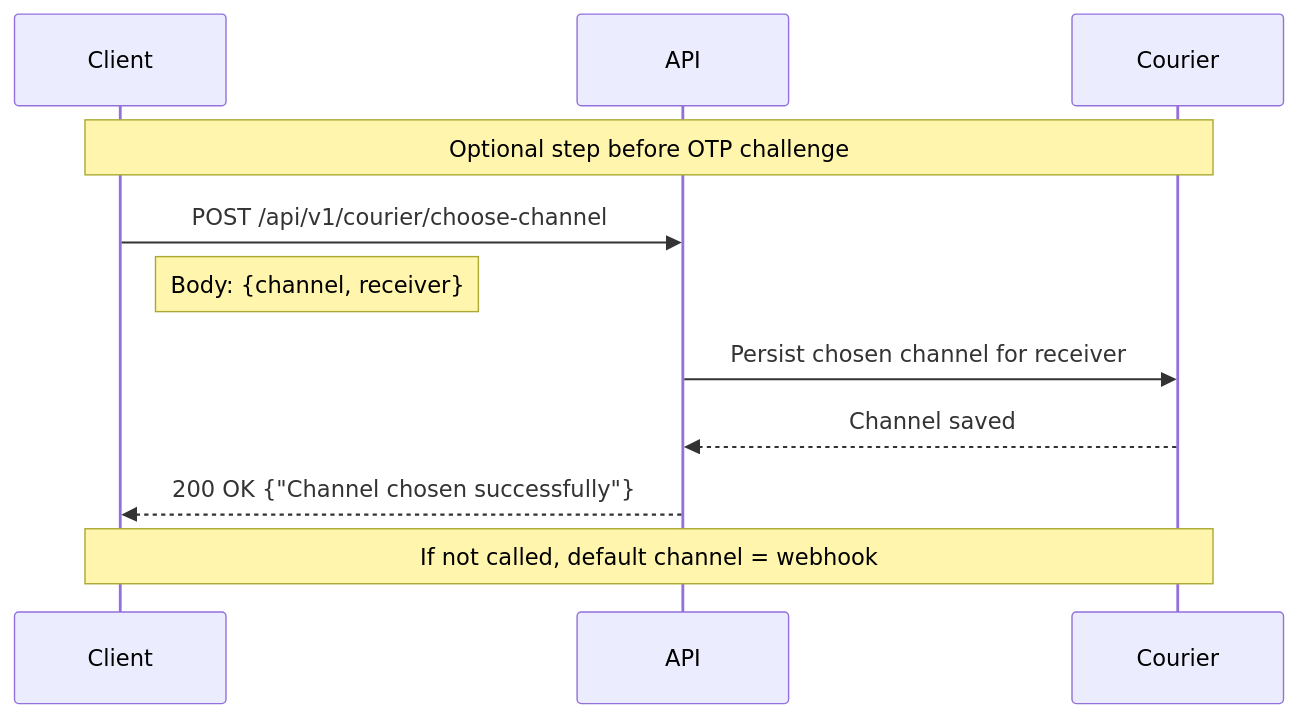
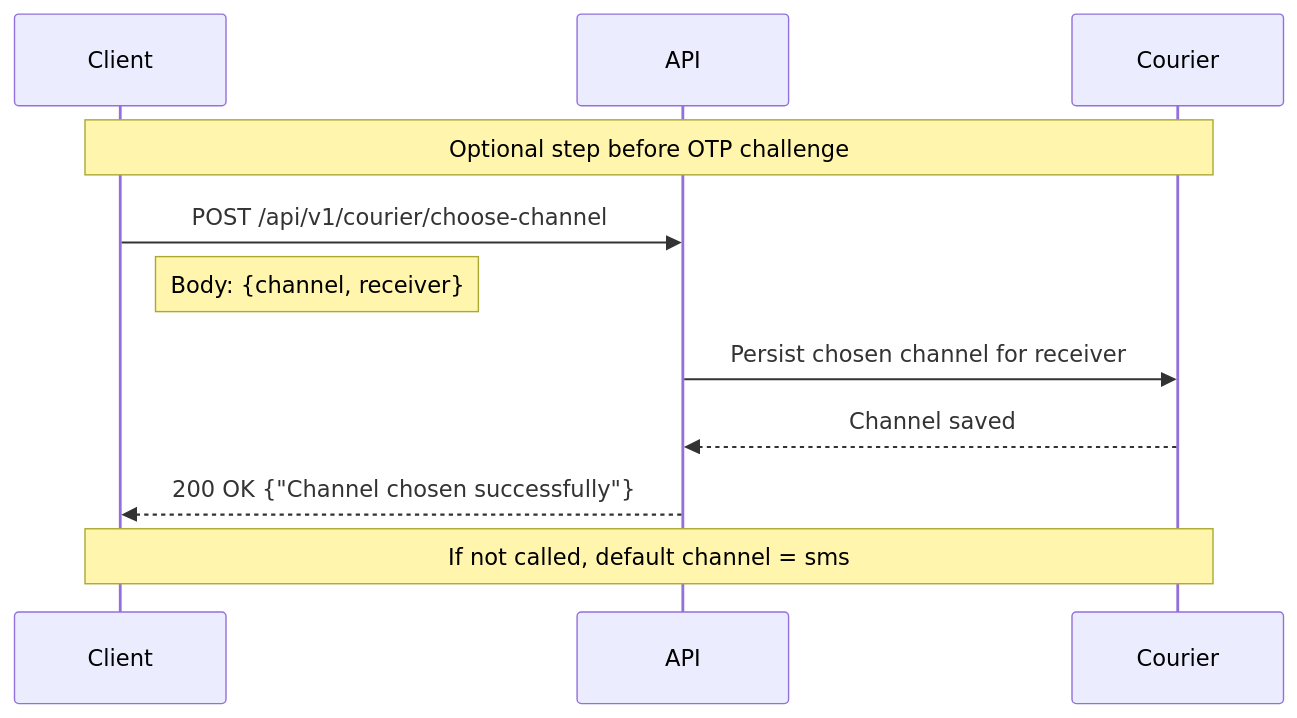
Before and after one commit to lifenetwork-ai/iam-service: the diagram in dev-docs/Choose Channel.md, drawn with Mermaid. The commit also changed other lines of this file, not shown here.

Commit message:
Change default OTP delivery channel to 'sms'

````diff
--- a/dev-docs/Choose Channel.md
+++ b/dev-docs/Choose Channel.md
@@ -7,15 +7,15 @@
 ```mermaid
 sequenceDiagram
     participant Client
     participant API
     participant Courier
 
     Note over Client,Courier: Optional step before OTP challenge
     Client->>API: POST /api/v1/courier/choose-channel
     Note right of Client: Body: {channel, receiver}
     API->>Courier: Persist chosen channel for receiver
     Courier-->>API: Channel saved
     API-->>Client: 200 OK {"Channel chosen successfully"}
 
-    Note over Client,Courier: If not called, default channel = webhook
+    Note over Client,Courier: If not called, default channel = sms
 ```
````
